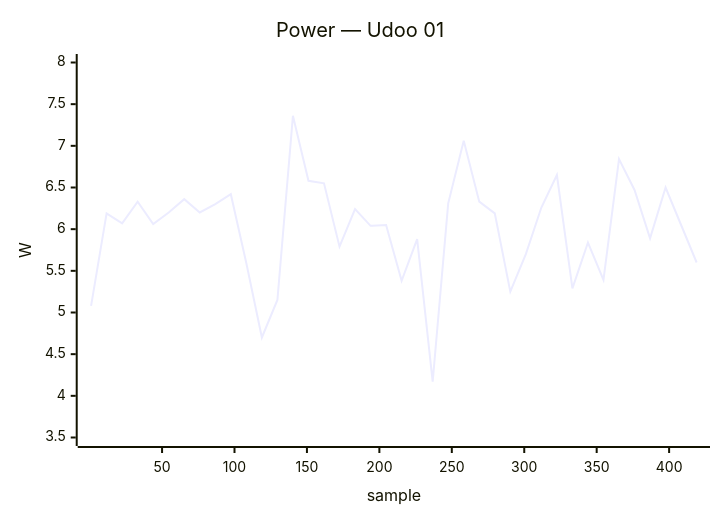
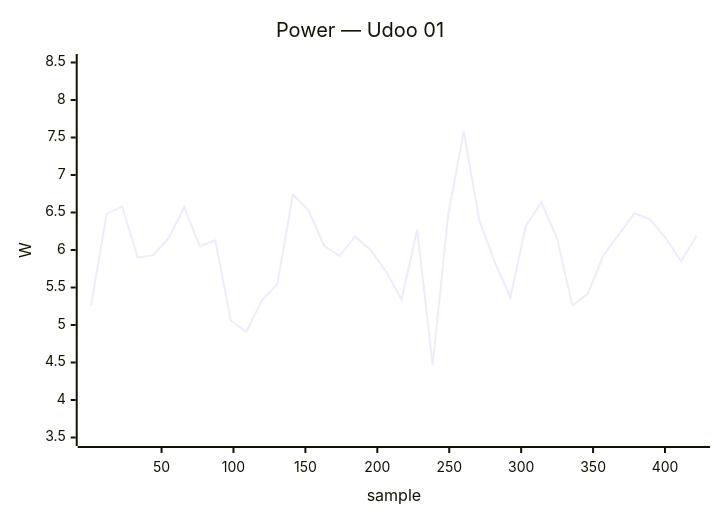
Before and after one commit to armbian/documentation: diagram 22 of 24 in docs/status/board-tests.md, drawn with Mermaid. The commit also changed other lines of this file, not shown here.

````diff
--- a/docs/status/board-tests.md
+++ b/docs/status/board-tests.md
@@ -1172,7 +1172,7 @@
     ```mermaid
     xychart-beta
         title "Power — Udoo 01"
-        x-axis "sample" 1 --> 419
-        y-axis "W" 3.5 --> 8.0
-        line [5.08, 6.19, 6.07, 6.33, 6.06, 6.20, 6.36, 6.20, 6.30, 6.42, 5.59, 4.70, 5.15, 7.36, 6.58, 6.55, 5.79, 6.24, 6.04, 6.05, 5.38, 5.88, 4.17, 6.31, 7.06, 6.33, 6.19, 5.25, 5.70, 6.26, 6.65, 5.29, 5.84, 5.39, 6.84, 6.47, 5.89, 6.50, 6.05, 5.60]
+        x-axis "sample" 1 --> 422
+        y-axis "W" 3.5 --> 8.5
+        line [5.26, 6.48, 6.58, 5.90, 5.93, 6.16, 6.57, 6.05, 6.13, 5.06, 4.91, 5.33, 5.55, 6.74, 6.53, 6.06, 5.92, 6.18, 6.00, 5.71, 5.34, 6.27, 4.47, 6.47, 7.58, 6.40, 5.84, 5.37, 6.32, 6.64, 6.16, 5.26, 5.42, 5.93, 6.21, 6.49, 6.41, 6.16, 5.85, 6.19]
     ```
````
